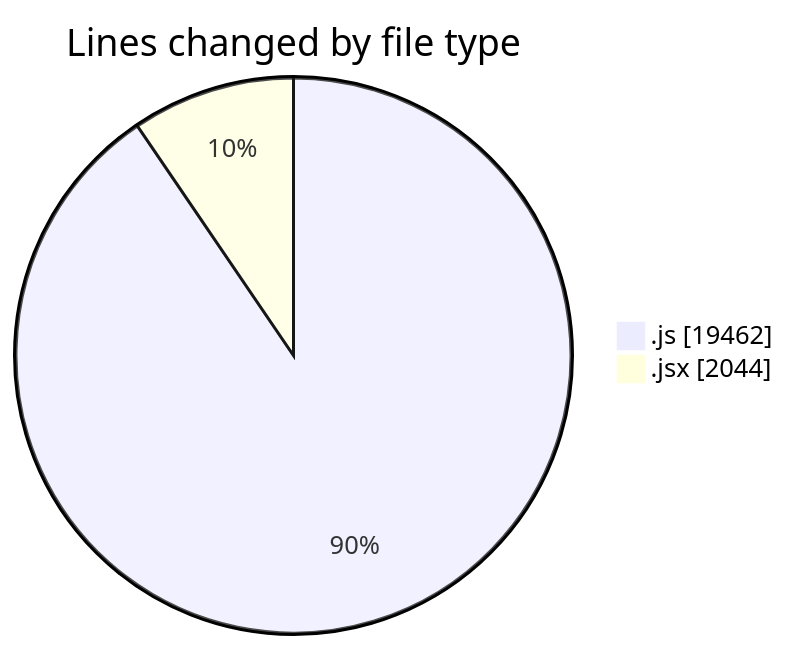
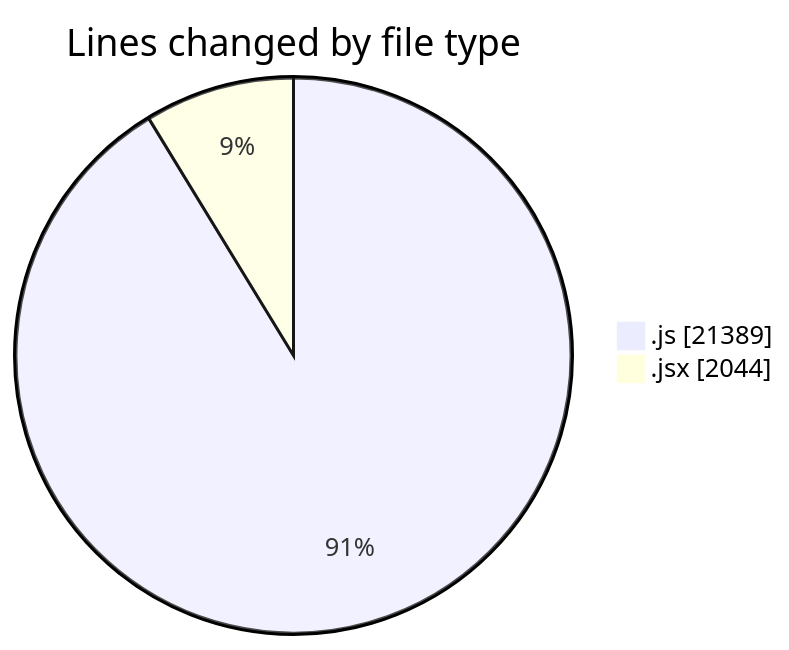
One commit to nxtqubesakshisongat/code-tracking changed the first of 2 diagrams in 2025-10-01/nxtqube_webapp/README.md. Above: the diagram before and after it, drawn with Mermaid. The commit also changed other lines of this file and 1 other file, not shown here.

````diff
--- a/2025-10-01/nxtqube_webapp/README.md
+++ b/2025-10-01/nxtqube_webapp/README.md
@@ -22,6 +22,6 @@
 ```mermaid
 pie showData
 title Lines changed by file type
-".js" : 19462
+".js" : 21389
 ".jsx" : 2044
 ```
````
